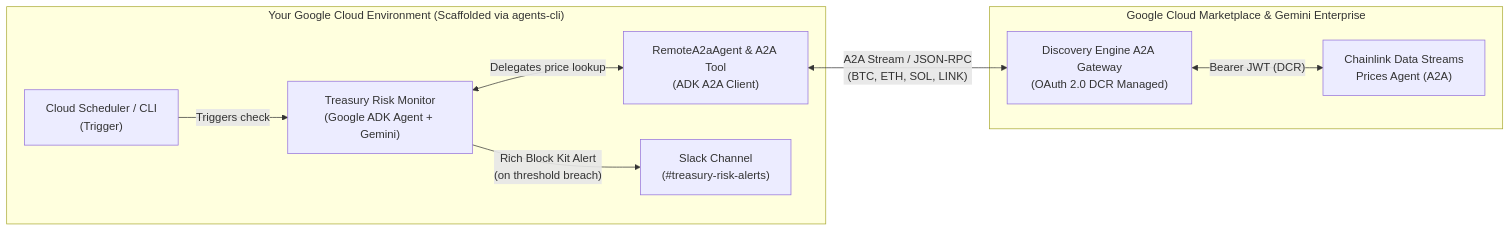
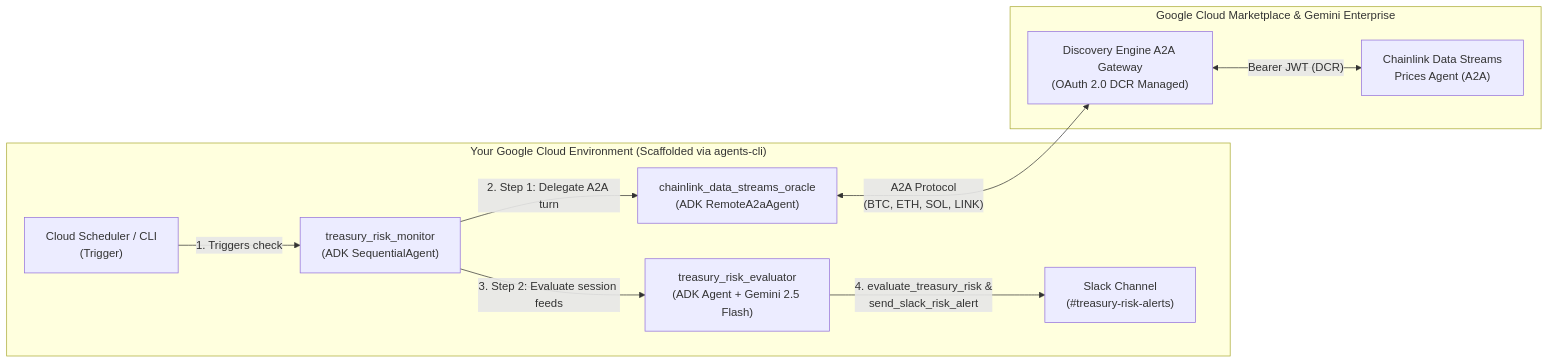
One commit to deepchenna/chainlink-treasury-monitor changed the diagram in BLOG.md. Above: the diagram before and after it, drawn with Mermaid. The commit also changed other lines of this file and 7 other files, not shown here.

Commit message:
Refactor to ADK Multi-Agent Architecture with RemoteA2aAgent + SequentialAgent

````diff
--- a/BLOG.md
+++ b/BLOG.md
@@ -39,20 +41,22 @@
 ```mermaid
 flowchart LR
     subgraph UserEnv["Your Google Cloud Environment (Scaffolded via agents-cli)"]
         Scheduler["Cloud Scheduler / CLI\n(Trigger)"]
-        Orchestrator["Treasury Risk Monitor\n(Google ADK Agent + Gemini)"]
-        RemoteProxy["RemoteA2aAgent & A2A Tool\n(ADK A2A Client)"]
+        Root["treasury_risk_monitor\n(ADK SequentialAgent)"]
+        RemoteOracle["chainlink_data_streams_oracle\n(ADK RemoteA2aAgent)"]
+        RiskEval["treasury_risk_evaluator\n(ADK Agent + Gemini 2.5 Flash)"]
         Slack["Slack Channel\n(#treasury-risk-alerts)"]
     end
 
     subgraph GCPEnt["Google Cloud Marketplace & Gemini Enterprise"]
         Discovery["Discovery Engine A2A Gateway\n(OAuth 2.0 DCR Managed)"]
         ChainlinkAgent["Chainlink Data Streams\nPrices Agent (A2A)"]
     end
 
-    Scheduler -->|"Triggers check"| Orchestrator
-    Orchestrator <-->|"Delegates price lookup"| RemoteProxy
-    RemoteProxy <-->|"A2A Stream / JSON-RPC\n(BTC, ETH, SOL, LINK)"| Discovery
+    Scheduler -->|"1. Triggers check"| Root
+    Root -->|"2. Step 1: Delegate A2A turn"| RemoteOracle
+    RemoteOracle <-->|"A2A Protocol\n(BTC, ETH, SOL, LINK)"| Discovery
     Discovery <-->|"Bearer JWT (DCR)"| ChainlinkAgent
-    Orchestrator -->|"Rich Block Kit Alert\n(on threshold breach)"| Slack
+    Root -->|"3. Step 2: Evaluate session feeds"| RiskEval
+    RiskEval -->|"4. evaluate_treasury_risk &\nsend_slack_risk_alert"| Slack
 ```
````
